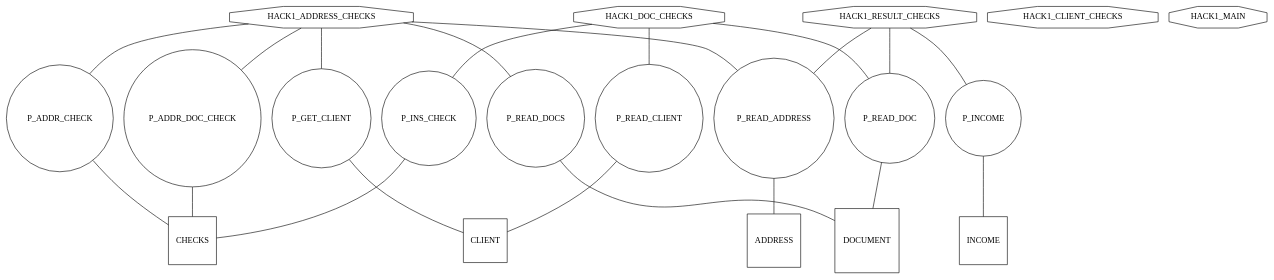
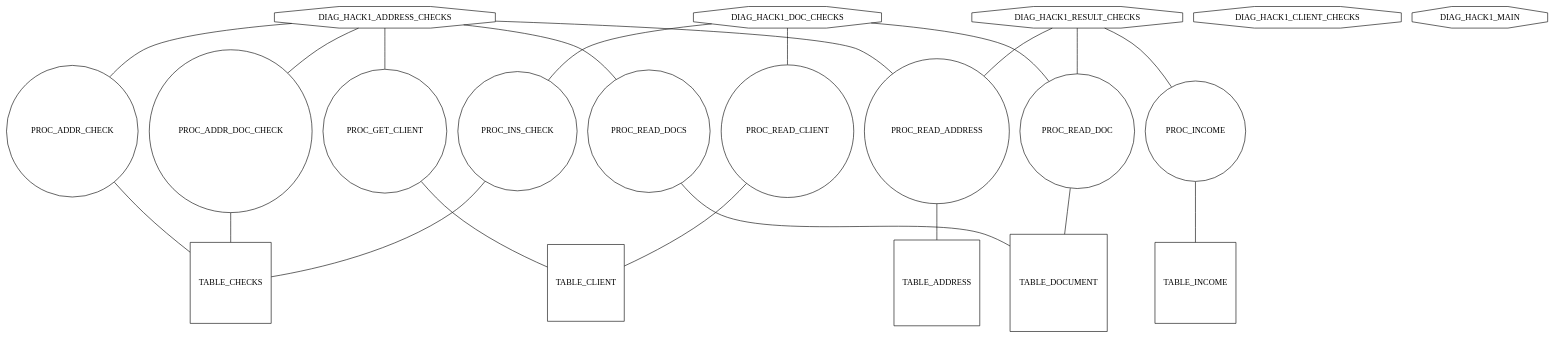
The diagram in er.gv (MakeSASGreatAgain/Relations), drawn with Graphviz before and after one commit. The commit also changed 2 other files, not shown here.

```diff
--- a/er.gv
+++ b/er.gv
@@ -1,46 +1,46 @@
 graph G {
 	overlap=false
-	P_ADDR_CHECK [shape=circle]
-	CHECKS [shape=square]
-	P_ADDR_CHECK -- CHECKS [ranksep=0.75]
-	P_READ_DOCS [shape=circle]
-	DOCUMENT [shape=square]
-	P_READ_DOCS -- DOCUMENT [ranksep=0.75]
-	P_READ_ADDRESS [shape=circle]
-	ADDRESS [shape=square]
-	P_READ_ADDRESS -- ADDRESS [ranksep=0.75]
-	P_GET_CLIENT [shape=circle]
-	CLIENT [shape=square]
-	P_GET_CLIENT -- CLIENT [ranksep=0.75]
-	P_ADDR_DOC_CHECK [shape=circle]
-	CHECKS [shape=square]
-	P_ADDR_DOC_CHECK -- CHECKS [ranksep=0.75]
-	P_READ_CLIENT [shape=circle]
-	CLIENT [shape=square]
-	P_READ_CLIENT -- CLIENT [ranksep=0.75]
-	P_INS_CHECK [shape=circle]
-	CHECKS [shape=square]
-	P_INS_CHECK -- CHECKS [ranksep=0.75]
-	P_READ_DOC [shape=circle]
-	DOCUMENT [shape=square]
-	P_READ_DOC -- DOCUMENT [ranksep=0.75]
-	P_INCOME [shape=circle]
-	INCOME [shape=square]
-	P_INCOME -- INCOME [ranksep=0.75]
-	HACK1_ADDRESS_CHECKS [shape=octagon]
-	HACK1_ADDRESS_CHECKS -- P_GET_CLIENT [ranksep=0.75]
-	HACK1_ADDRESS_CHECKS -- P_READ_ADDRESS [ranksep=0.75]
-	HACK1_ADDRESS_CHECKS -- P_READ_DOCS [ranksep=0.75]
-	HACK1_ADDRESS_CHECKS -- P_ADDR_CHECK [ranksep=0.75]
-	HACK1_ADDRESS_CHECKS -- P_ADDR_DOC_CHECK [ranksep=0.75]
-	HACK1_CLIENT_CHECKS [shape=octagon]
-	HACK1_DOC_CHECKS [shape=octagon]
-	HACK1_DOC_CHECKS -- P_READ_DOC [ranksep=0.75]
-	HACK1_DOC_CHECKS -- P_READ_CLIENT [ranksep=0.75]
-	HACK1_DOC_CHECKS -- P_INS_CHECK [ranksep=0.75]
-	HACK1_MAIN [shape=octagon]
-	HACK1_RESULT_CHECKS [shape=octagon]
-	HACK1_RESULT_CHECKS -- P_READ_DOC [ranksep=0.75]
-	HACK1_RESULT_CHECKS -- P_READ_ADDRESS [ranksep=0.75]
-	HACK1_RESULT_CHECKS -- P_INCOME [ranksep=0.75]
+	PROC_ADDR_CHECK [shape=circle]
+	TABLE_CHECKS [shape=square]
+	PROC_ADDR_CHECK -- TABLE_CHECKS [ranksep=0.75]
+	PROC_READ_DOCS [shape=circle]
+	TABLE_DOCUMENT [shape=square]
+	PROC_READ_DOCS -- TABLE_DOCUMENT [ranksep=0.75]
+	PROC_READ_ADDRESS [shape=circle]
+	TABLE_ADDRESS [shape=square]
+	PROC_READ_ADDRESS -- TABLE_ADDRESS [ranksep=0.75]
+	PROC_GET_CLIENT [shape=circle]
+	TABLE_CLIENT [shape=square]
+	PROC_GET_CLIENT -- TABLE_CLIENT [ranksep=0.75]
+	PROC_ADDR_DOC_CHECK [shape=circle]
+	TABLE_CHECKS [shape=square]
+	PROC_ADDR_DOC_CHECK -- TABLE_CHECKS [ranksep=0.75]
+	PROC_READ_CLIENT [shape=circle]
+	TABLE_CLIENT [shape=square]
+	PROC_READ_CLIENT -- TABLE_CLIENT [ranksep=0.75]
+	PROC_INS_CHECK [shape=circle]
+	TABLE_CHECKS [shape=square]
+	PROC_INS_CHECK -- TABLE_CHECKS [ranksep=0.75]
+	PROC_READ_DOC [shape=circle]
+	TABLE_DOCUMENT [shape=square]
+	PROC_READ_DOC -- TABLE_DOCUMENT [ranksep=0.75]
+	PROC_INCOME [shape=circle]
+	TABLE_INCOME [shape=square]
+	PROC_INCOME -- TABLE_INCOME [ranksep=0.75]
+	DIAG_HACK1_ADDRESS_CHECKS [shape=octagon]
+	DIAG_HACK1_ADDRESS_CHECKS -- PROC_GET_CLIENT [ranksep=0.75]
+	DIAG_HACK1_ADDRESS_CHECKS -- PROC_READ_ADDRESS [ranksep=0.75]
+	DIAG_HACK1_ADDRESS_CHECKS -- PROC_READ_DOCS [ranksep=0.75]
+	DIAG_HACK1_ADDRESS_CHECKS -- PROC_ADDR_CHECK [ranksep=0.75]
+	DIAG_HACK1_ADDRESS_CHECKS -- PROC_ADDR_DOC_CHECK [ranksep=0.75]
+	DIAG_HACK1_CLIENT_CHECKS [shape=octagon]
+	DIAG_HACK1_DOC_CHECKS [shape=octagon]
+	DIAG_HACK1_DOC_CHECKS -- PROC_READ_DOC [ranksep=0.75]
+	DIAG_HACK1_DOC_CHECKS -- PROC_READ_CLIENT [ranksep=0.75]
+	DIAG_HACK1_DOC_CHECKS -- PROC_INS_CHECK [ranksep=0.75]
+	DIAG_HACK1_MAIN [shape=octagon]
+	DIAG_HACK1_RESULT_CHECKS [shape=octagon]
+	DIAG_HACK1_RESULT_CHECKS -- PROC_READ_DOC [ranksep=0.75]
+	DIAG_HACK1_RESULT_CHECKS -- PROC_READ_ADDRESS [ranksep=0.75]
+	DIAG_HACK1_RESULT_CHECKS -- PROC_INCOME [ranksep=0.75]
 }
```
